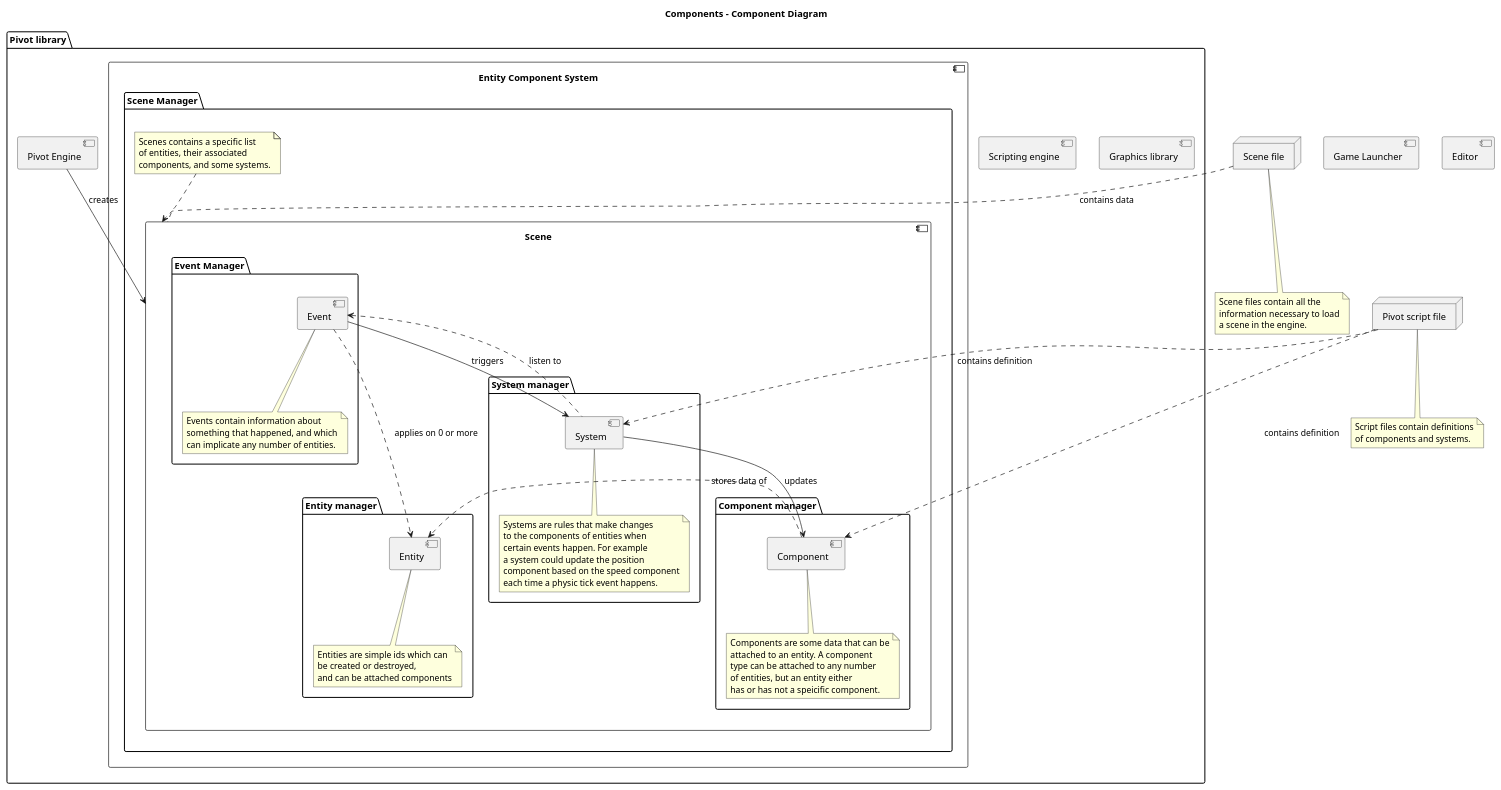
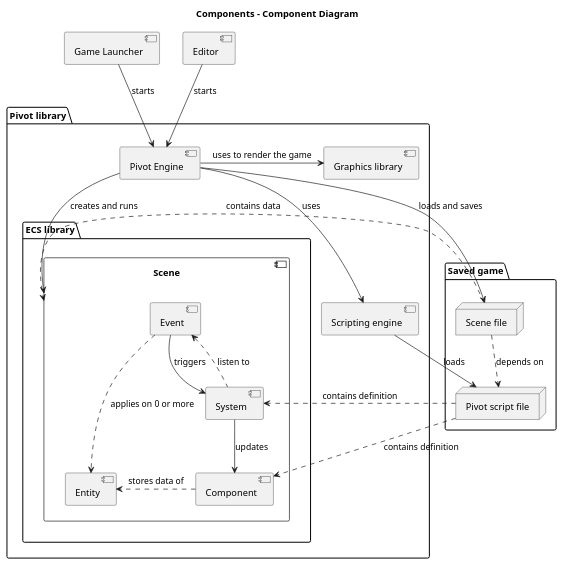
Before and after one commit to EIP-Pivot/doc: the diagram in architecture.plantuml, drawn with PlantUML.

```diff
--- a/architecture.plantuml
+++ b/architecture.plantuml
@@ -1,100 +1,50 @@
 @startuml
 
 title Components - Component Diagram
 
 package "Pivot library" {
-  component "Entity Component System" as ecs {
+  folder "ECS library" as ecs {
   
-    folder "Scene Manager" as scene_m {
-      component Scene as scene {
-        folder "Entity manager" as entity_m {
-          [Entity] as entity
-          
-          note bottom of entity
-            Entities are simple ids which can
-            be created or destroyed,
-            and can be attached components
-          end note
-        }
-        
-        folder "Component manager" as component_m {
-          [Component] as component
-          
-          note bottom of component
-            Components are some data that can be
-            attached to an entity. A component
-            type can be attached to any number
-            of entities, but an entity either
-            has or has not a speicific component.
-          end note
-        }
-        
-        folder "System manager" as system_m {
-          [System] as system
-          
-          note bottom of system
-            Systems are rules that make changes
-            to the components of entities when
-            certain events happen. For example
-            a system could update the position
-            component based on the speed component
-            each time a physic tick event happens.
-          end note
-        }
-        
-        folder "Event Manager" as event_m {
-          [Event] as event
-          
-          note bottom of event
-            Events contain information about
-            something that happened, and which
-            can implicate any number of entities. 
-          end note
-        }
-        
-        
-        event --> system: triggers
-        event <.. system: listen to
-        event ..> entity: applies on 0 or more
-        system --> component: updates
-        component .> entity: stores data of
-      }
+    component Scene as scene {
+      [Entity] as entity
+      [Component] as component
+      [System] as system
+      [Event] as event
       
-      note top of scene
-        Scenes contains a specific list
-        of entities, their associated
-        components, and some systems.
-      end note
+      event --> system: triggers
+      event <.. system: listen to
+      event ..> entity: applies on 0 or more
+      system --> component: updates
+      component .> entity: stores data of
     }
   }
   
   component [Graphics library] as graphics
   component [Scripting engine] as scripting
   component [Pivot Engine] as pivot
   
-  pivot --> scene: creates
+  pivot --> scene: creates and runs
+  pivot -> graphics: uses to render the game
+  pivot --> scripting: uses
+  
 }
 component [Game Launcher] as launcher
+launcher --> pivot: starts
+
 component [Editor] as editor
+editor --> pivot: starts
 
-node "Pivot script file" as script_file
-
-note bottom of script_file
-  Script files contain definitions
-  of components and systems.
-end note
+folder "Saved game" {
+  node "Pivot script file" as script_file
+  node "Scene file" as scene_file
+}
 
 script_file ..> component: contains definition
 script_file ..> system: contains definition
+scene_file ..> scene: contains data
+scene_file ..> script_file: depends on
 
-node "Scene file" as scene_file
-
-note bottom of scene_file
-  Scene files contain all the
-  information necessary to load
-  a scene in the engine.
-end note
-
-scene_file ..> scene: contains data
+pivot --> scene_file: loads and saves
+scripting --> script_file: loads
 
 @enduml
```
